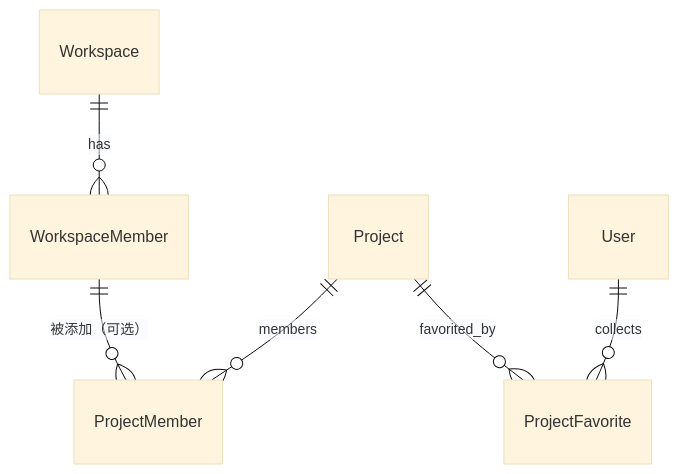
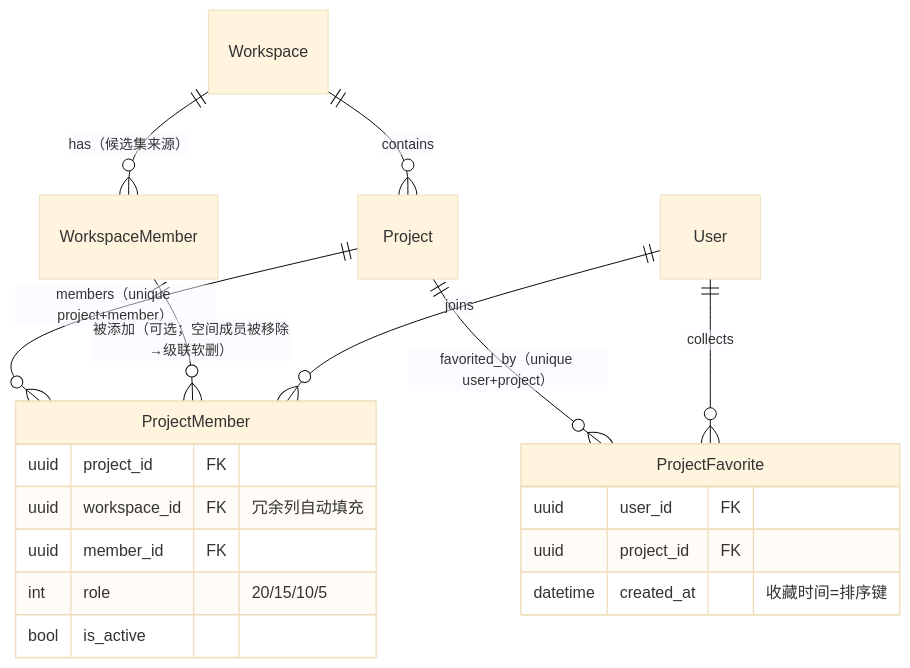
Before and after one commit to RabbitAI-Lab/RabbitProjects: the seventh of 7 diagrams in docs/sprint-1-mvp/PROJ-002-member-search.md, drawn with Mermaid (base theme). The commit also changed other lines of this file and 86 other files, not shown here.

````diff
--- a/docs/sprint-1-mvp/PROJ-002-member-search.md
+++ b/docs/sprint-1-mvp/PROJ-002-member-search.md
@@ -180,8 +539,23 @@
 ```mermaid
 erDiagram
-    Workspace ||--o{ WorkspaceMember : has
-    WorkspaceMember ||--o{ ProjectMember : "被添加（可选）"
-    Project ||--o{ ProjectMember : "members"
-    Project ||--o{ ProjectFavorite : "favorited_by"
+    Workspace ||--o{ WorkspaceMember : "has（候选集来源）"
+    Workspace ||--o{ Project : contains
+    Project ||--o{ ProjectMember : "members（unique project+member）"
+    WorkspaceMember ||--o{ ProjectMember : "被添加（可选；空间成员被移除→级联软删）"
+    Project ||--o{ ProjectFavorite : "favorited_by（unique user+project）"
     User ||--o{ ProjectFavorite : collects
+    User ||--o{ ProjectMember : joins
+
+    ProjectFavorite {
+        uuid user_id FK
+        uuid project_id FK
+        datetime created_at "收藏时间=排序键"
+    }
+    ProjectMember {
+        uuid project_id FK
+        uuid workspace_id FK "冗余列自动填充"
+        uuid member_id FK
+        int role "20/15/10/5"
+        bool is_active
+    }
 ```
````
